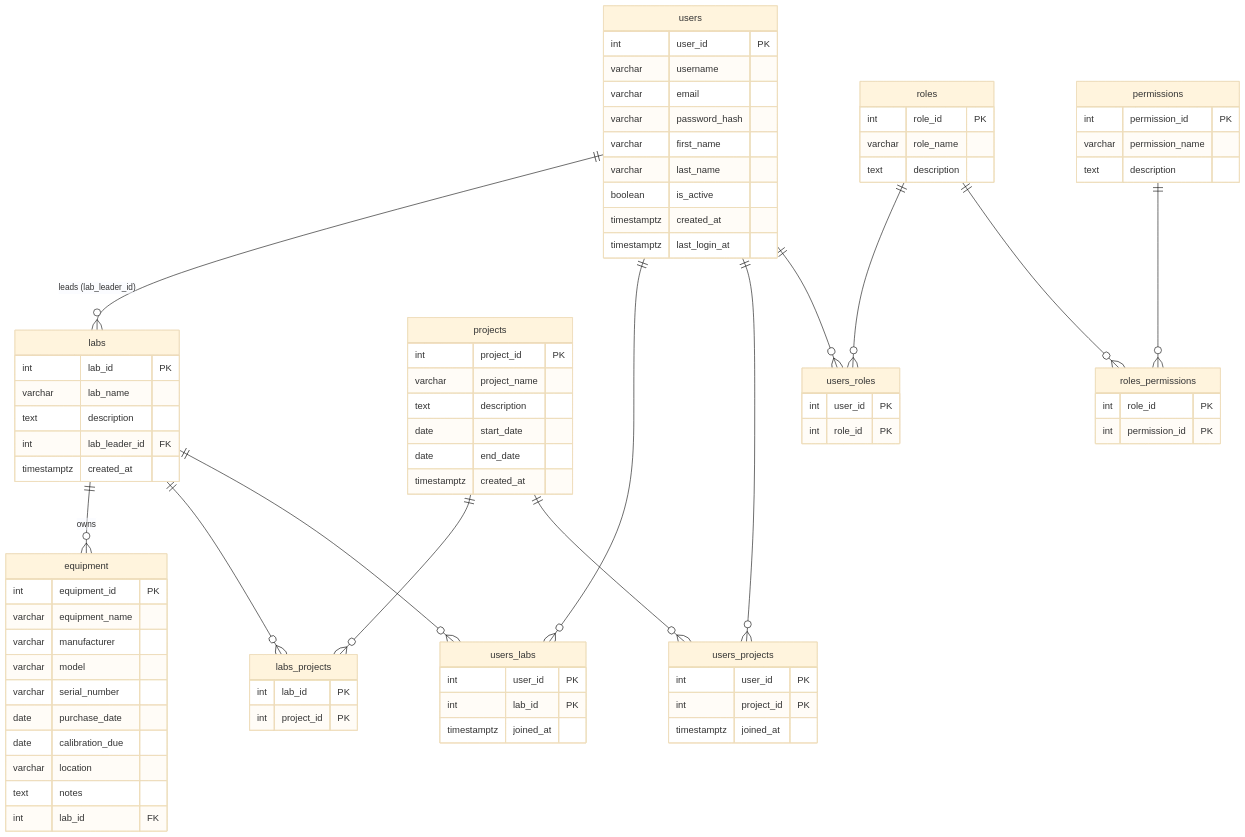
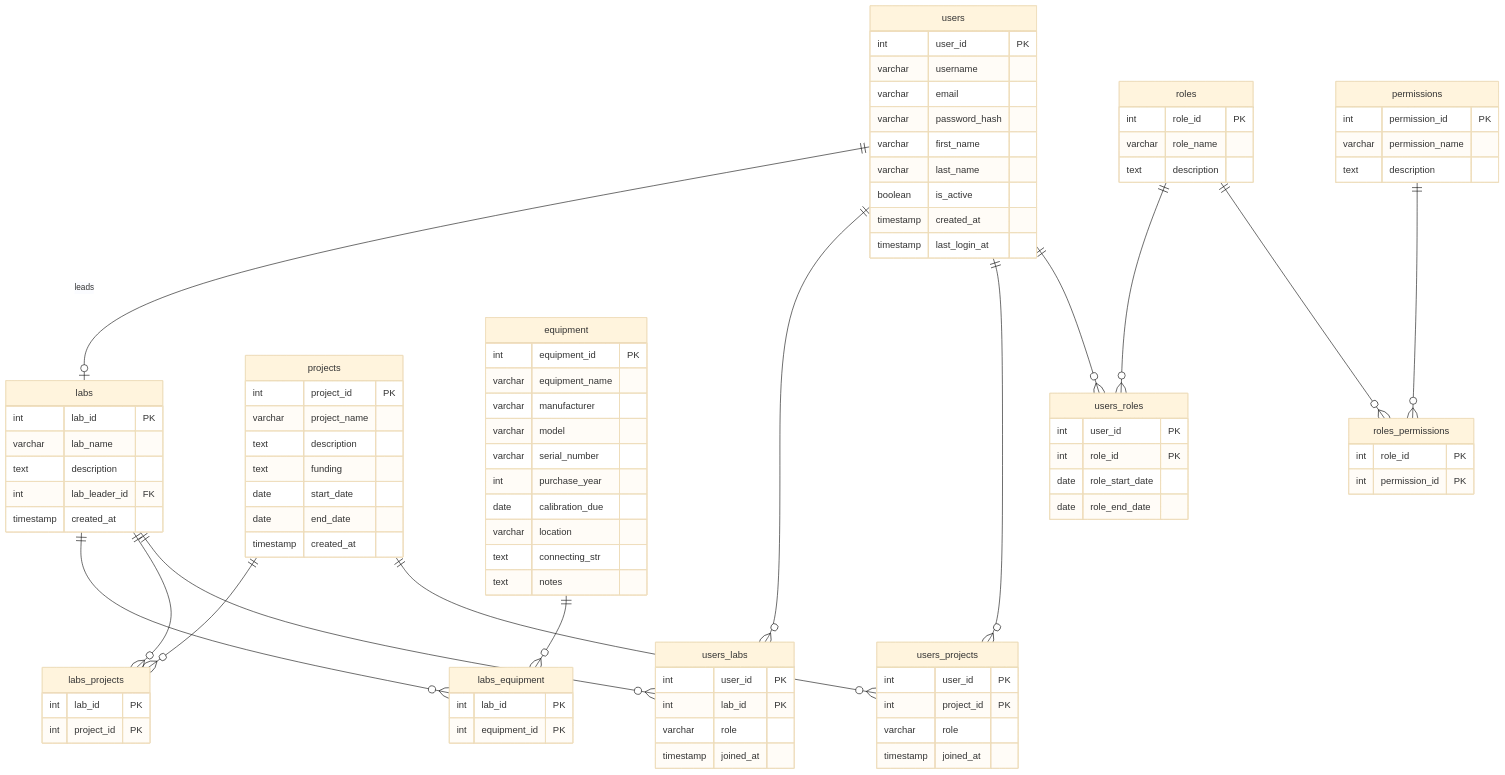
Before and after one commit to GitTurtleDone/ExpeGraph: the first of 2 diagrams in docs/design/DatabaseSchema.md, drawn with Mermaid (base theme). The commit also changed other lines of this file and 1 other file, not shown here.

```diff
--- a/docs/design/DatabaseSchema.md
+++ b/docs/design/DatabaseSchema.md
@@ -21,8 +18,8 @@
         varchar first_name
         varchar last_name
         boolean is_active
-        timestamptz created_at
-        timestamptz last_login_at
+        timestamp created_at
+        timestamp last_login_at
     }
 
     labs {
@@ -30,16 +27,17 @@
         varchar lab_name
         text description
         int lab_leader_id FK
-        timestamptz created_at
+        timestamp created_at
     }
 
     projects {
         int project_id PK
         varchar project_name
         text description
+        text funding
         date start_date
         date end_date
-        timestamptz created_at
+        timestamp created_at
     }
 
     roles {
@@ -60,11 +58,11 @@
         varchar manufacturer
         varchar model
         varchar serial_number
-        date purchase_date
+        int purchase_year
         date calibration_due
         varchar location
+        text connecting_str
         text notes
-        int lab_id FK
     }
 
     labs_projects {
@@ -75,18 +73,22 @@
     users_labs {
         int user_id PK
         int lab_id PK
-        timestamptz joined_at
+        varchar role
+        timestamp joined_at
     }
 
     users_projects {
         int user_id PK
         int project_id PK
-        timestamptz joined_at
+        varchar role
+        timestamp joined_at
     }
 
     users_roles {
         int user_id PK
         int role_id PK
+        date role_start_date
+        date role_end_date
     }
 
     roles_permissions {
@@ -94,8 +96,14 @@
         int permission_id PK
     }
 
-    users ||--o{ labs : "leads (lab_leader_id)"
-    labs ||--o{ equipment : "owns"
+    labs_equipment {
+        int lab_id PK
+        int equipment_id PK
+    }
+
+    users ||--o| labs : "leads"
+    labs ||--o{ labs_equipment : ""
+    equipment ||--o{ labs_equipment : ""
 
     labs ||--o{ labs_projects : ""
     projects ||--o{ labs_projects : ""
```
